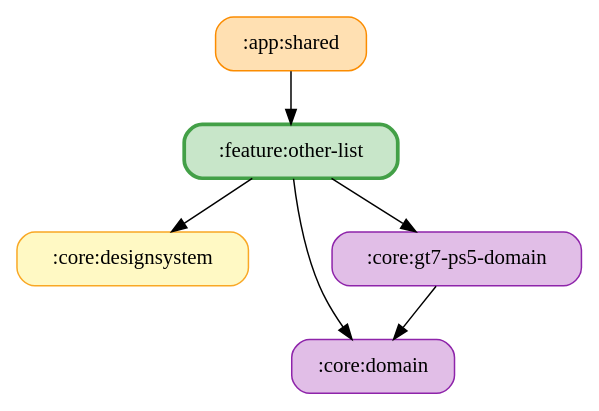
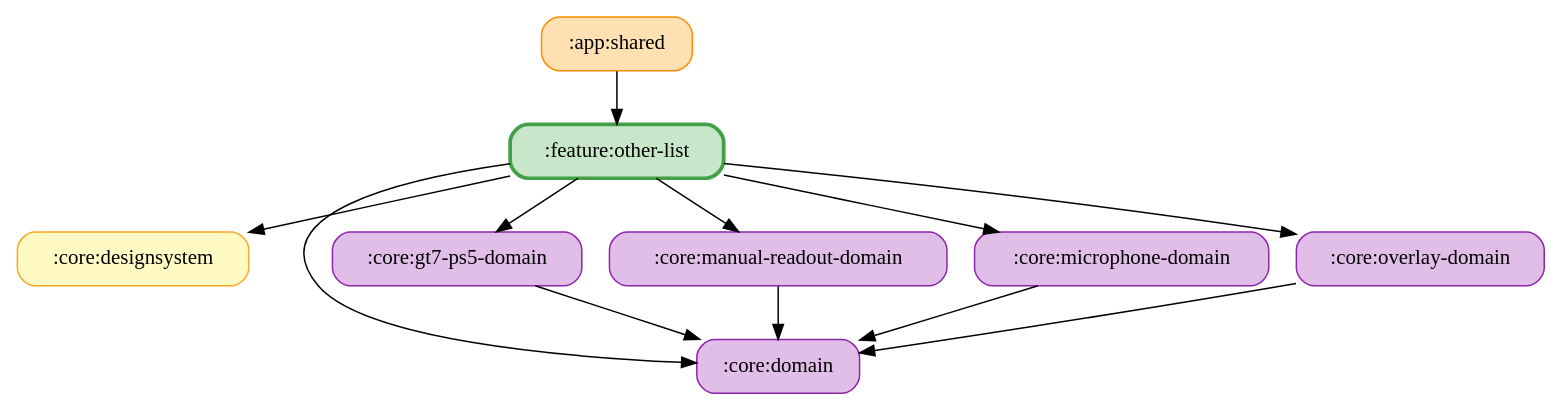
The diagram in docs/graphs/feature-other-list.gv (ai-kurou/KoDriver), drawn with Graphviz before and after one commit. The commit also changed 58 other files, not shown here.

Commit message:
chore: update module graph images

```diff
--- a/docs/graphs/feature-other-list.gv
+++ b/docs/graphs/feature-other-list.gv
@@ -1,14 +1,23 @@
 digraph G {
   rankdir=TB
   node [shape=box, style="rounded,filled"]
   ":app:shared" [fillcolor="#FFE0B2", color="#FB8C00", penwidth=1]
   ":core:designsystem" [fillcolor="#FFF9C4", color="#F9A825", penwidth=1]
   ":core:domain" [fillcolor="#E1BEE7", color="#8E24AA", penwidth=1]
   ":core:gt7-ps5-domain" [fillcolor="#E1BEE7", color="#8E24AA", penwidth=1]
+  ":core:manual-readout-domain" [fillcolor="#E1BEE7", color="#8E24AA", penwidth=1]
+  ":core:microphone-domain" [fillcolor="#E1BEE7", color="#8E24AA", penwidth=1]
+  ":core:overlay-domain" [fillcolor="#E1BEE7", color="#8E24AA", penwidth=1]
   ":feature:other-list" [fillcolor="#C8E6C9", color="#43A047", penwidth=2.5]
   ":app:shared" -> ":feature:other-list"
   ":core:gt7-ps5-domain" -> ":core:domain"
+  ":core:manual-readout-domain" -> ":core:domain"
+  ":core:microphone-domain" -> ":core:domain"
+  ":core:overlay-domain" -> ":core:domain"
   ":feature:other-list" -> ":core:domain"
+  ":feature:other-list" -> ":core:manual-readout-domain"
+  ":feature:other-list" -> ":core:microphone-domain"
+  ":feature:other-list" -> ":core:overlay-domain"
   ":feature:other-list" -> ":core:gt7-ps5-domain"
   ":feature:other-list" -> ":core:designsystem"
 }
```
